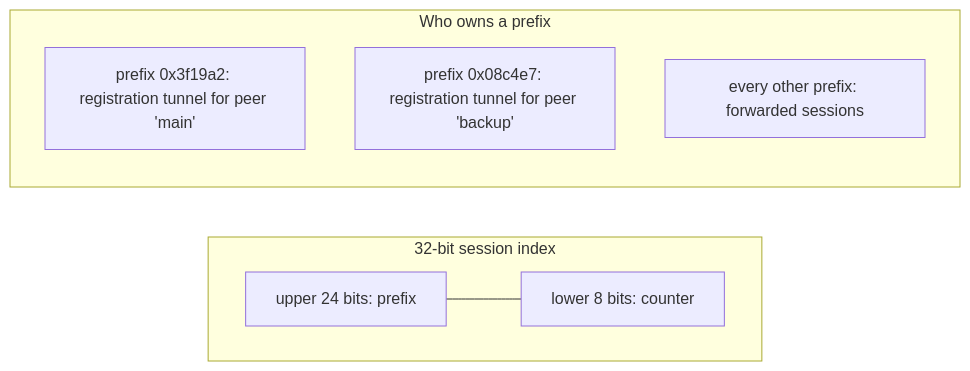
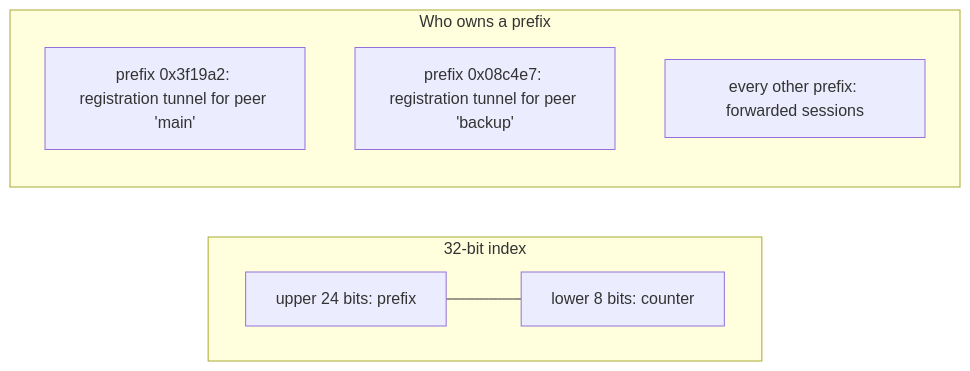
Before and after one commit to 3alpha/wg-relay: diagram 16 of 22 in docs/how-it-works.md, drawn with Mermaid. The commit also changed other lines of this file and 9 other files, not shown here.

````diff
--- a/docs/how-it-works.md
+++ b/docs/how-it-works.md
@@ -570,12 +581,12 @@
 ```mermaid
 flowchart LR
-    subgraph idx["32-bit session index"]
+    subgraph idx["32-bit index"]
         direction LR
         PFX["upper 24 bits: prefix"] --- CNT["lower 8 bits: counter"]
     end
     subgraph owners["Who owns a prefix"]
         T1["prefix 0x3f19a2: registration tunnel for peer 'main'"]
         T2["prefix 0x08c4e7: registration tunnel for peer 'backup'"]
         F["every other prefix: forwarded sessions"]
     end
 ```
````
